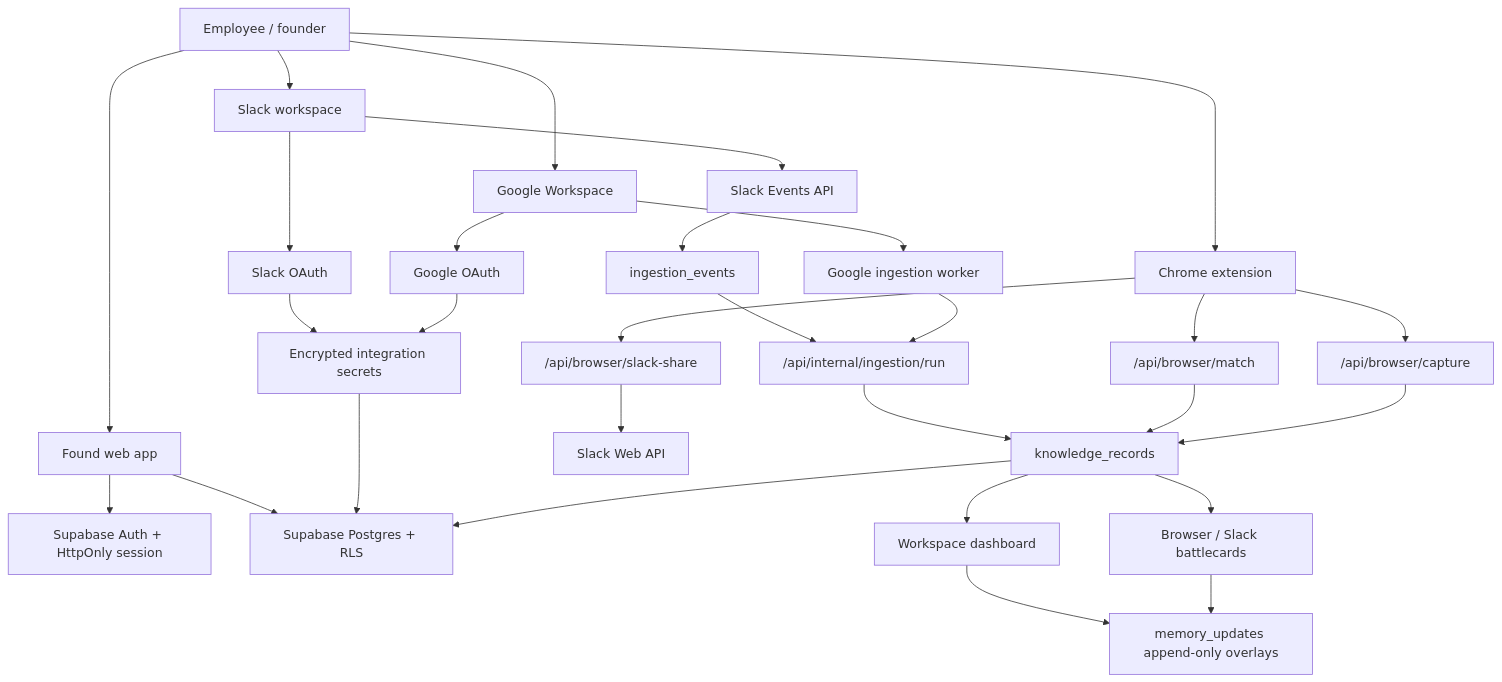
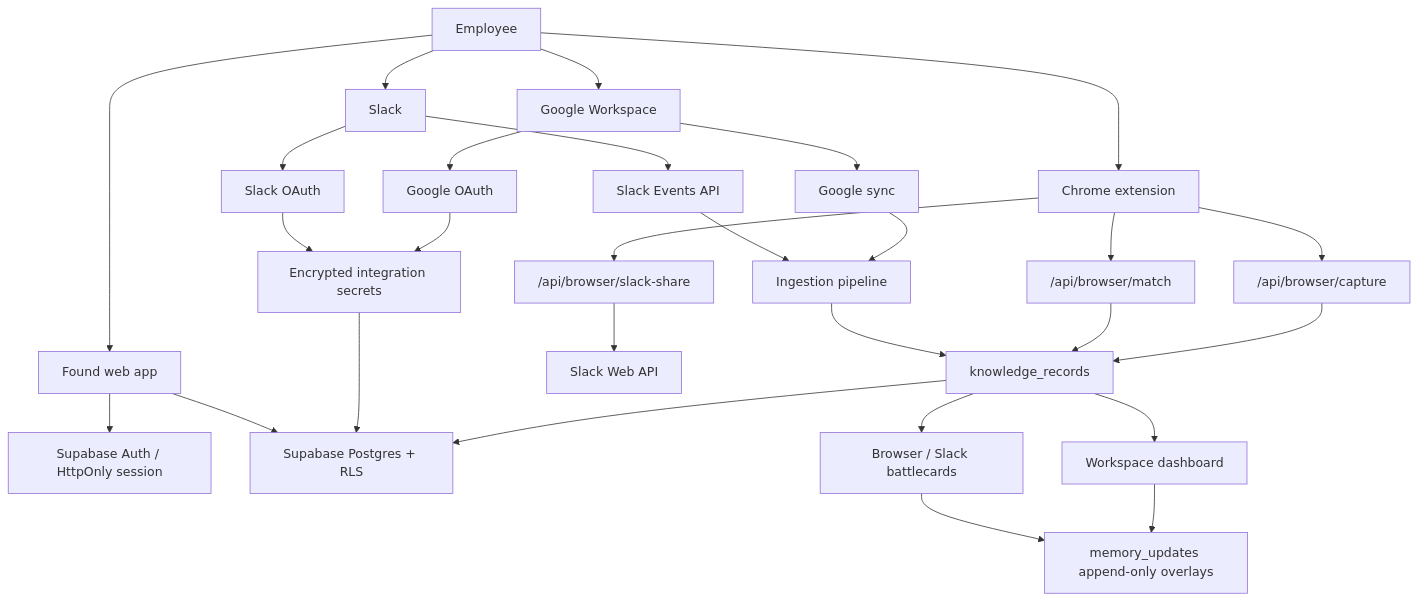
Before and after one commit to Pratiksha935/Echo: the diagram in docs/DEVELOPER_HANDOFF.md, drawn with Mermaid. The commit also changed other lines of this file, not shown here.

````diff
--- a/docs/DEVELOPER_HANDOFF.md
+++ b/docs/DEVELOPER_HANDOFF.md
@@ -77,37 +163,35 @@
 ```mermaid
 flowchart TD
-  User["Employee / founder"] --> Web["Found web app"]
-  User --> Ext["Chrome extension"]
-  User --> Slack["Slack workspace"]
-  User --> GDrive["Google Workspace"]
+  User["Employee"] --> Web["Found web app"]
+  User --> Extension["Chrome extension"]
+  User --> Slack["Slack"]
+  User --> Google["Google Workspace"]
 
-  Web --> Auth["Supabase Auth + HttpOnly session"]
+  Web --> Auth["Supabase Auth / HttpOnly session"]
   Web --> DB["Supabase Postgres + RLS"]
 
   Slack --> SlackOAuth["Slack OAuth"]
-  Slack --> SlackEvents["Slack Events API"]
-  GDrive --> GoogleOAuth["Google OAuth"]
-  GDrive --> GoogleSync["Google ingestion worker"]
-
+  Google --> GoogleOAuth["Google OAuth"]
   SlackOAuth --> Secrets["Encrypted integration secrets"]
   GoogleOAuth --> Secrets
   Secrets --> DB
 
-  SlackEvents --> Queue["ingestion_events"]
-  Queue --> Ingestion["/api/internal/ingestion/run"]
+  Slack --> SlackEvents["Slack Events API"]
+  SlackEvents --> Ingestion["Ingestion pipeline"]
+  Google --> GoogleSync["Google sync"]
   GoogleSync --> Ingestion
   Ingestion --> Records["knowledge_records"]
   Records --> DB
 
-  Ext --> Match["/api/browser/match"]
-  Ext --> Capture["/api/browser/capture"]
-  Ext --> Share["/api/browser/slack-share"]
-  Match --> Records
-  Capture --> Records
-  Share --> SlackAPI["Slack Web API"]
+  Extension --> BrowserMatch["/api/browser/match"]
+  Extension --> BrowserCapture["/api/browser/capture"]
+  Extension --> BrowserShare["/api/browser/slack-share"]
+  BrowserMatch --> Records
+  BrowserCapture --> Records
+  BrowserShare --> SlackAPI["Slack Web API"]
 
   Records --> Dashboard["Workspace dashboard"]
-  Records --> Battlecard["Browser / Slack battlecards"]
-  Dashboard --> Updates["memory_updates append-only overlays"]
-  Battlecard --> Updates
+  Records --> Battlecards["Browser / Slack battlecards"]
+  Battlecards --> Updates["memory_updates append-only overlays"]
+  Dashboard --> Updates
 ```
````
